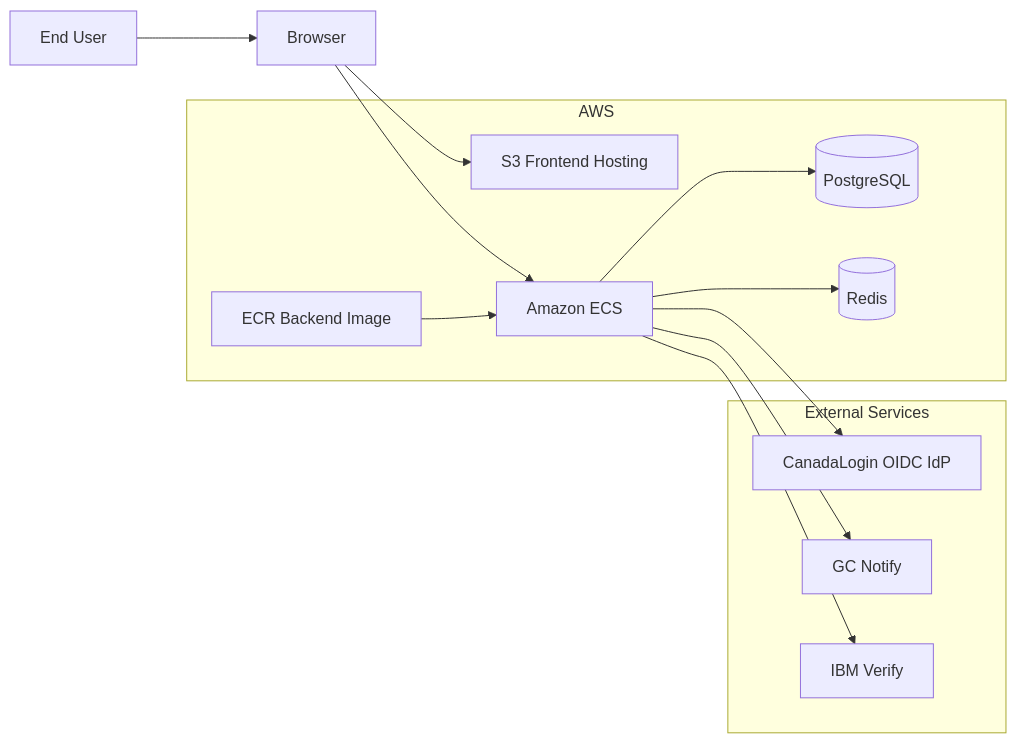
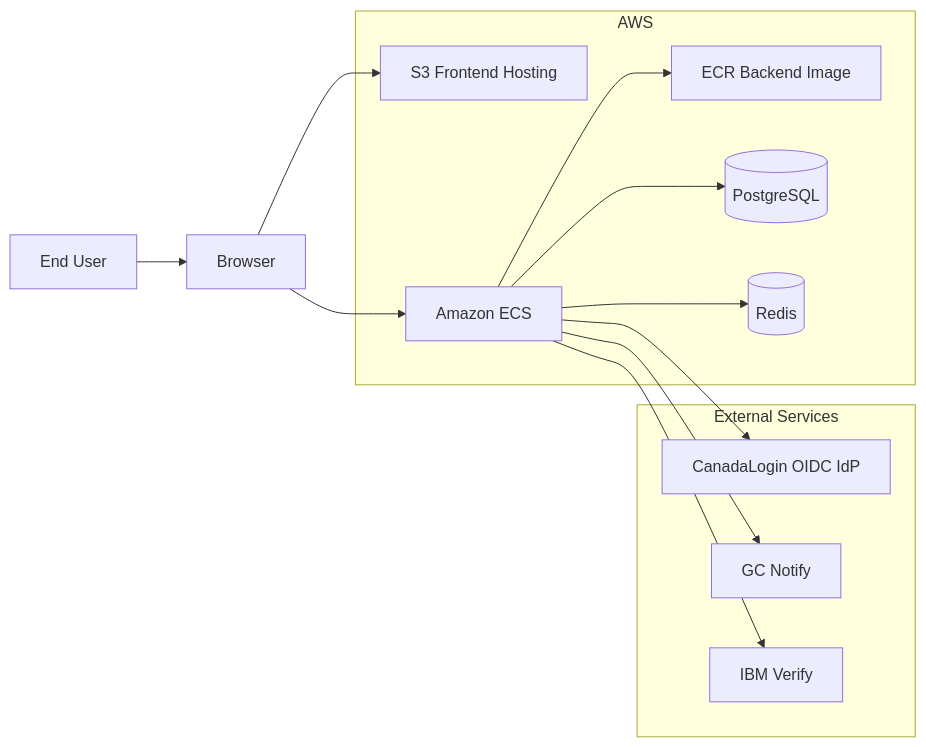
Before and after one commit to cds-snc/canadalogin-partner-portal: the diagram in docs/plans/partner-portal-system-architecture.md, drawn with Mermaid.

Commit message:
Fix ECR/ECS arrow direction in architecture diagram

````diff
--- a/docs/plans/partner-portal-system-architecture.md
+++ b/docs/plans/partner-portal-system-architecture.md
@@ -23,29 +23,29 @@
 ```mermaid
 flowchart LR
     User[End User]
     Browser[Browser]
 
     subgraph AWS[AWS]
         S3[S3 Frontend Hosting]
         ECR[ECR Backend Image]
         Compute[Amazon ECS]
         PG[(PostgreSQL)]
         Redis[(Redis)]
     end
 
     subgraph External[External Services]
         OIDC[CanadaLogin OIDC IdP]
         Notify[GC Notify]
         IBM[IBM Verify]
     end
 
     User --> Browser
     Browser --> S3
     Browser --> Compute
-    ECR --> Compute
+    Compute --> ECR
     Compute --> PG
     Compute --> Redis
     Compute --> OIDC
     Compute --> Notify
     Compute --> IBM
 ```
````
